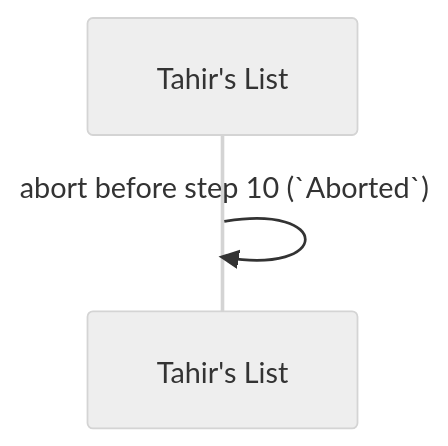
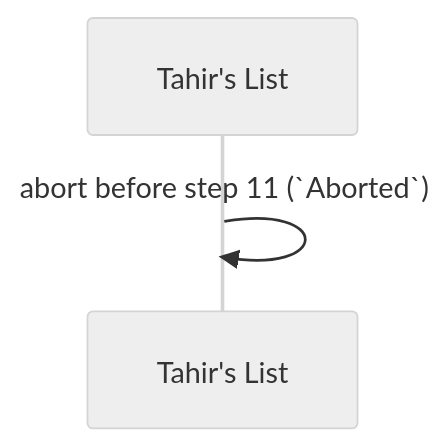
Before and after one commit to Losers-Lab/tahirs-list: the eighth of 13 diagrams in docs/features/SC-211/04-blackbox/UC-01-run-sample-directory-ingestion.md, drawn with Mermaid (neutral theme). The commit also changed other lines of this file and 8 other files, not shown here.

````diff
--- a/docs/features/SC-211/04-blackbox/UC-01-run-sample-directory-ingestion.md
+++ b/docs/features/SC-211/04-blackbox/UC-01-run-sample-directory-ingestion.md
@@ -63,5 +70,5 @@
 ```mermaid
 sequenceDiagram
   participant TL as Tahir's List
-  TL->>TL: abort before step 10 (`Aborted`)
+  TL->>TL: abort before step 11 (`Aborted`)
 ```
````
